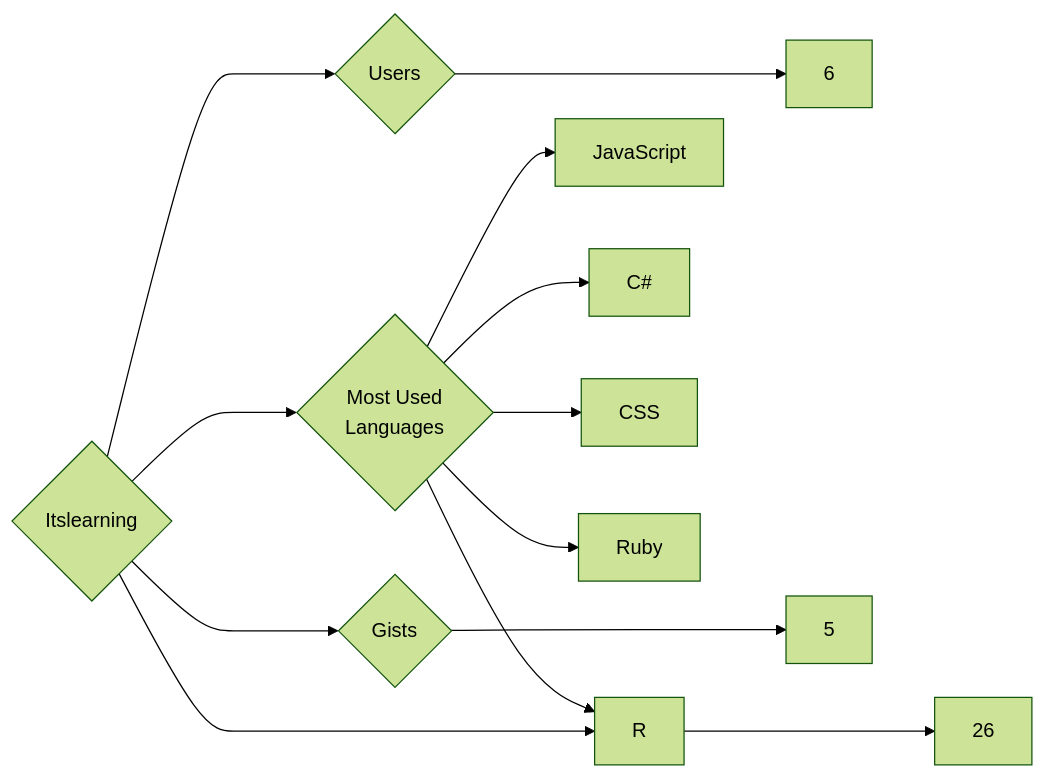
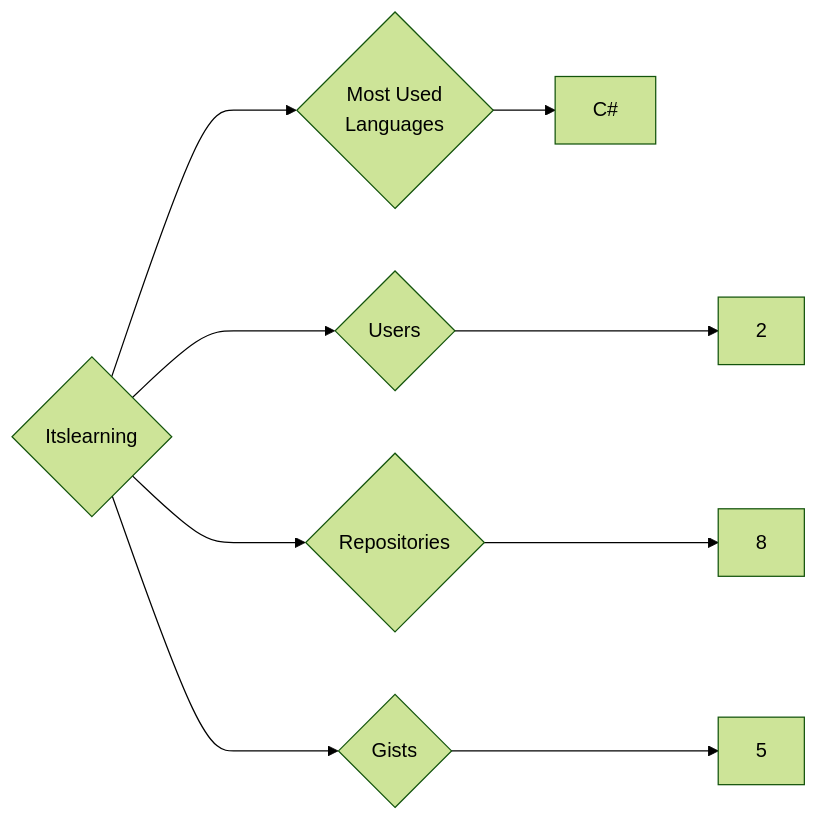
Before and after one commit to trickest/insiders: the diagram in targets/Itslearning/README.md, drawn with Mermaid (forest theme). The commit also changed 783 other files, not shown here.

````diff
--- a/targets/Itslearning/README.md
+++ b/targets/Itslearning/README.md
@@ -3,13 +3,9 @@
 ```mermaid
 graph LR
 COMPANY_NAME{Itslearning}
-COMPANY_NAME ---> U{Users} ---> UN[6]
-COMPANY_NAME ---> R{Repositories} ---> RN[26]
+COMPANY_NAME ---> U{Users} ---> UN[2]
+COMPANY_NAME ---> R{Repositories} ---> RN[8]
 COMPANY_NAME ---> G{Gists} ---> GN[5]
 COMPANY_NAME ---> ML{Most Used<br>Languages}
-ML --> JavaScript[JavaScript]
 ML --> C#[C#]
-ML --> CSS[CSS]
-ML --> Ruby[Ruby]
-ML --> R[R]
 ```
````
